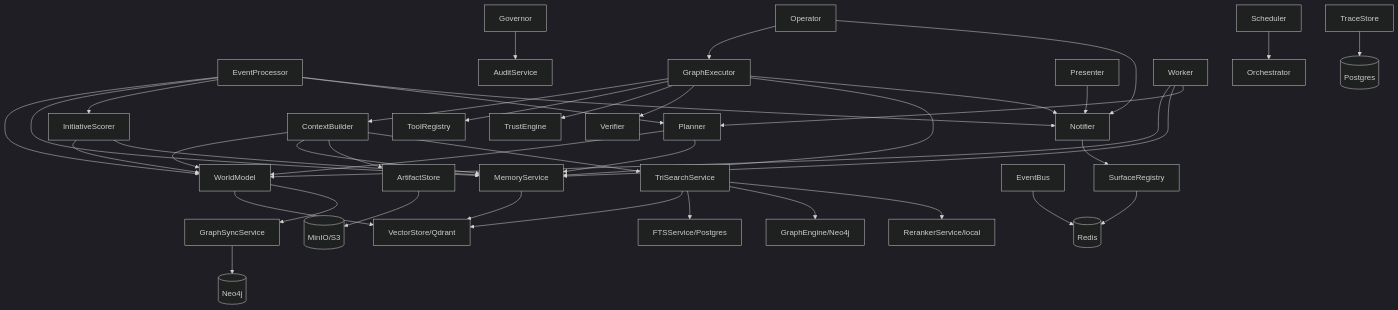
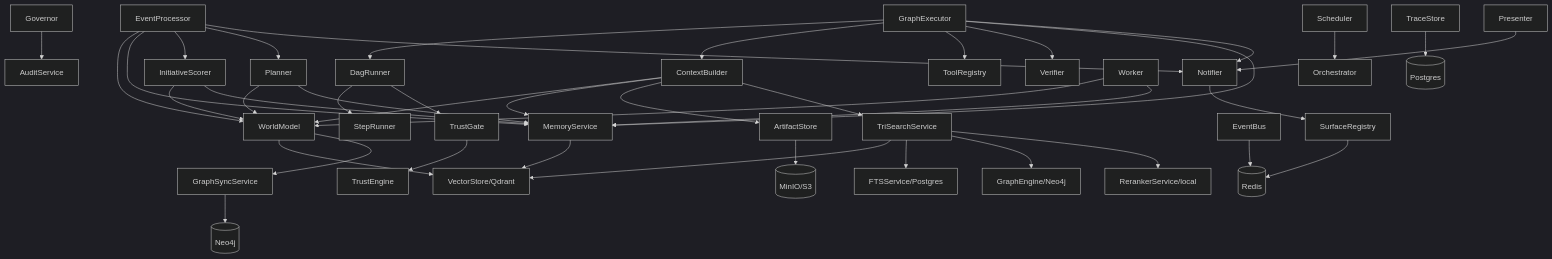
The diagram in docs/architecture/services.md (shivadharmi/muldro), drawn with Mermaid (dark theme) before and after one commit. The commit also changed other lines of this file and 14 other files, not shown here.

First line of the commit message:
docs: sync durable architecture docs with post-rebuild code

````diff
--- a/docs/architecture/services.md
+++ b/docs/architecture/services.md
@@ -720,50 +732,50 @@
 ```mermaid
 graph TD
     EP[EventProcessor] --> WM[WorldModel]
     EP --> MS[MemoryService]
     EP --> IS[InitiativeScorer]
     EP --> PL[Planner]
     EP --> NT[Notifier]
 
     IS --> WM
     IS --> MS
     CB[ContextBuilder] --> WM
     CB --> MS
     CB --> AS[ArtifactStore]
     CB --> TS_SEARCH[TriSearchService]
 
     PL --> WM
     PL --> MS
 
     GOV[Governor] --> AUD[AuditService]
 
-    OP[Operator] --> GE[GraphExecutor]
-    OP --> NT
+    GE[GraphExecutor] --> DR[DagRunner]
+    DR --> SR_STEP[StepRunner]
+    DR --> TG[TrustGate]
+    TG --> TE[TrustEngine]
 
     GE --> CB
     GE --> TR[ToolRegistry]
-    GE --> TE[TrustEngine]
     GE --> VER[Verifier]
     GE --> MS
     GE --> NT
 
     PR[Presenter] --> NT
 
     SCH[Scheduler] --> ORCH[Orchestrator]
     WK[Worker] --> WM
     WK --> MS
-    WK --> PL
 
     TS_SEARCH --> VS[VectorStore/Qdrant]
     TS_SEARCH --> FTS[FTSService/Postgres]
     TS_SEARCH --> N4J_E[GraphEngine/Neo4j]
     TS_SEARCH --> RR[RerankerService/local]
     WM --> VS
     WM --> GSS[GraphSyncService]
     MS --> VS
     GSS --> N4J[(Neo4j)]
     AS --> S3[(MinIO/S3)]
     TS[TraceStore] --> PG[(Postgres)]
     EB[EventBus] --> RD[(Redis)]
     NT --> SR[SurfaceRegistry] --> RD
 ```
````
